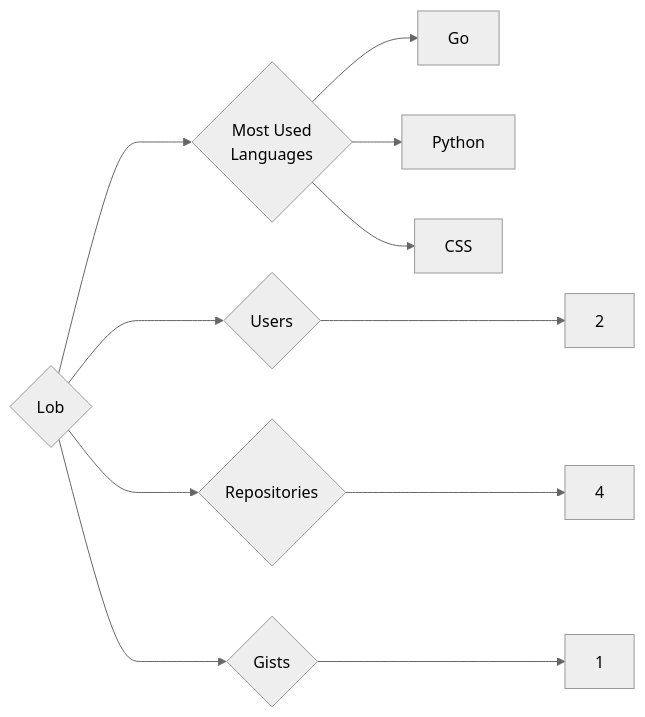
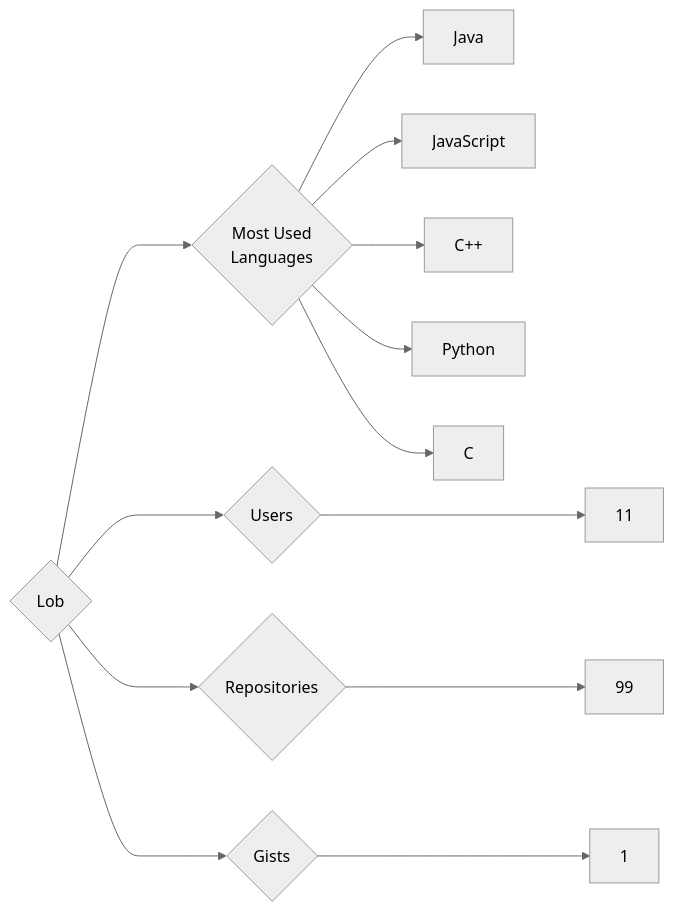
One commit to trickest/insiders changed the diagram in targets/Lob/README.md. Above: the diagram before and after it, drawn with Mermaid (neutral theme). The commit also changed 782 other files, not shown here.

````diff
--- a/targets/Lob/README.md
+++ b/targets/Lob/README.md
@@ -3,11 +3,13 @@
 ```mermaid
 graph LR
 COMPANY_NAME{Lob}
-COMPANY_NAME ---> U{Users} ---> UN[2]
-COMPANY_NAME ---> R{Repositories} ---> RN[4]
+COMPANY_NAME ---> U{Users} ---> UN[11]
+COMPANY_NAME ---> R{Repositories} ---> RN[99]
 COMPANY_NAME ---> G{Gists} ---> GN[1]
 COMPANY_NAME ---> ML{Most Used<br>Languages}
-ML --> Go[Go]
+ML --> Java[Java]
+ML --> JavaScript[JavaScript]
+ML --> C++[C++]
 ML --> Python[Python]
-ML --> CSS[CSS]
+ML --> C[C]
 ```
````
